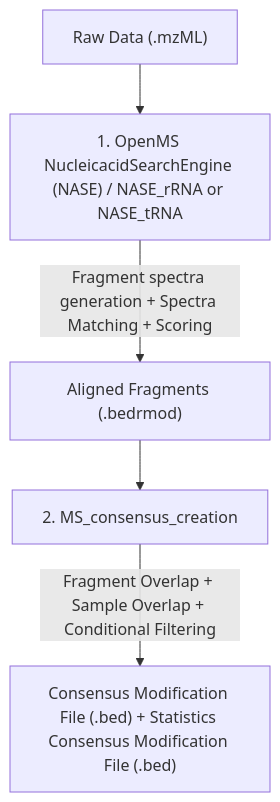
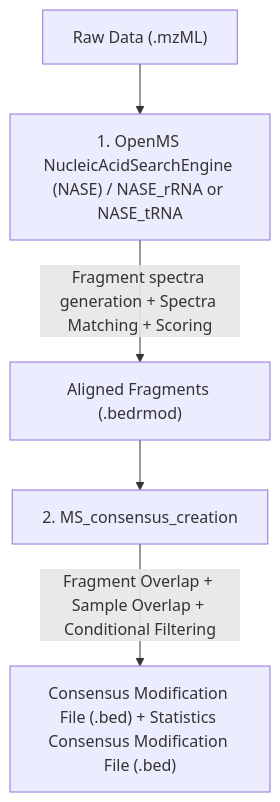
The diagram in data_processing_pipelines/MS-seq/README.md (Human-RNome-Project/HRP-Benchmarking-Project), drawn with Mermaid before and after one commit. The commit also changed other lines of this file and 4 other files, not shown here.

````diff
--- a/data_processing_pipelines/MS-seq/README.md
+++ b/data_processing_pipelines/MS-seq/README.md
@@ -13,7 +13,7 @@
 ```mermaid
 graph TD
-    A["Raw Data (.mzML)"] --> B["1. OpenMS NucleicacidSearchEngine (NASE) / NASE_rRNA or NASE_tRNA"]
+    A["Raw Data (.mzML)"] --> B["1. OpenMS NucleicAcidSearchEngine (NASE) / NASE_rRNA or NASE_tRNA"]
     B -->|"Fragment spectra generation + Spectra Matching + Scoring"| C["Aligned Fragments (.bedrmod)"]
     C --> D["2. MS_consensus_creation"]
     D -->|"Fragment Overlap + Sample Overlap + Conditional Filtering"| E["Consensus Modification File (.bed) + Statistics Consensus Modification File (.bed)"]
 ```
````
